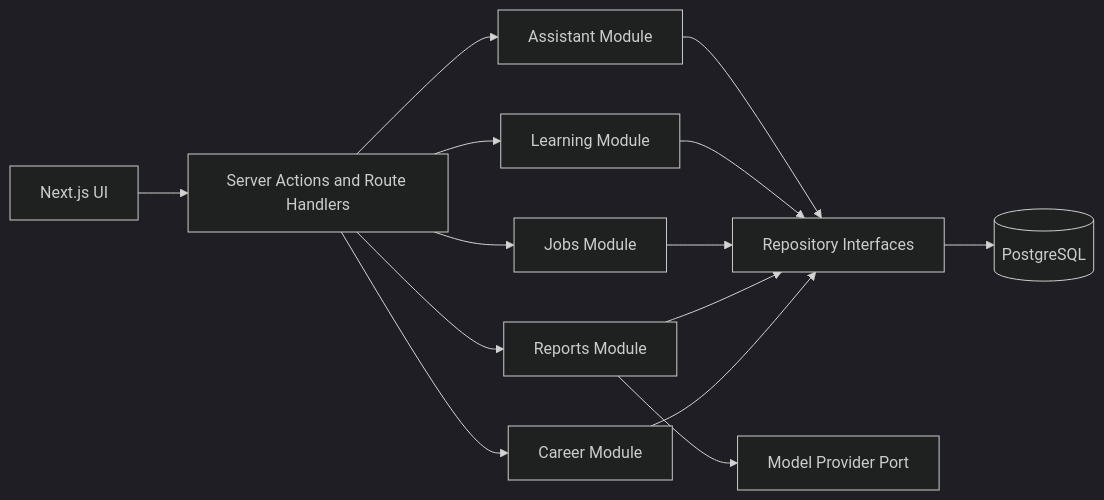
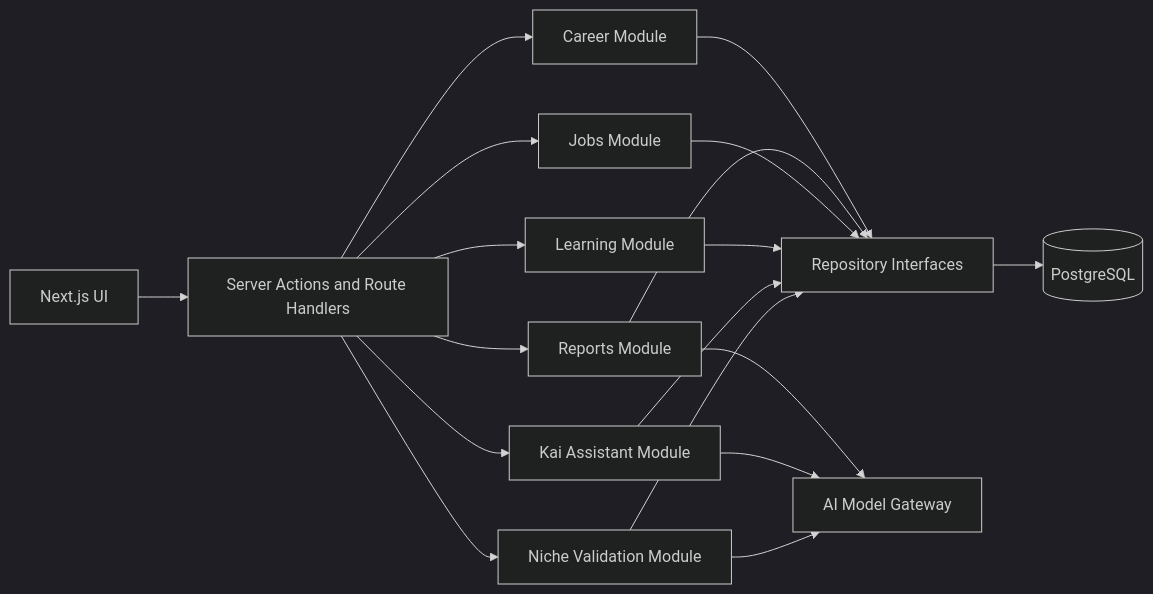
The diagram in docs/MICROSERVICE_COMPATIBILITY_PLAN.md (Mirzzie/Fadi), drawn with Mermaid (dark theme) before and after one commit. The commit also changed other lines of this file and 65 other files, not shown here.

First line of the commit message:
docs: update architecture docs for Better Auth, Kai, and data sources

````diff
--- a/docs/MICROSERVICE_COMPATIBILITY_PLAN.md
+++ b/docs/MICROSERVICE_COMPATIBILITY_PLAN.md
@@ -25,18 +23,22 @@
 ```mermaid
 flowchart LR
     UI[Next.js UI] --> AppAPI[Server Actions and Route Handlers]
     AppAPI --> Career[Career Module]
     AppAPI --> Reports[Reports Module]
     AppAPI --> Jobs[Jobs Module]
     AppAPI --> Learning[Learning Module]
-    AppAPI --> Assistant[Assistant Module]
+    AppAPI --> Assistant[Kai Assistant Module]
+    AppAPI --> Niche[Niche Validation Module]
 
     Career --> Data[Repository Interfaces]
     Reports --> Data
     Jobs --> Data
     Learning --> Data
     Assistant --> Data
+    Niche --> Data
 
     Data --> Postgres[(PostgreSQL)]
-    Reports --> Model[Model Provider Port]
+    Reports --> Gateway[AI Model Gateway]
+    Assistant --> Gateway
+    Niche --> Gateway
 ```
````
